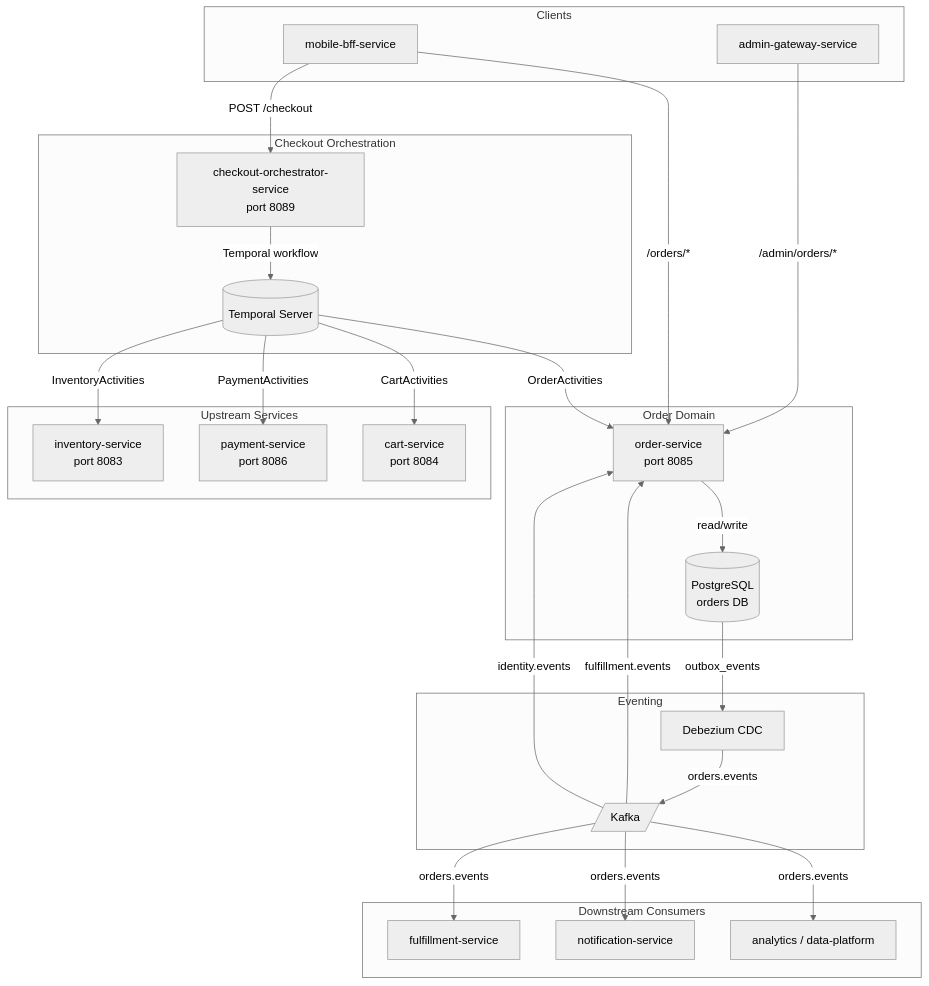
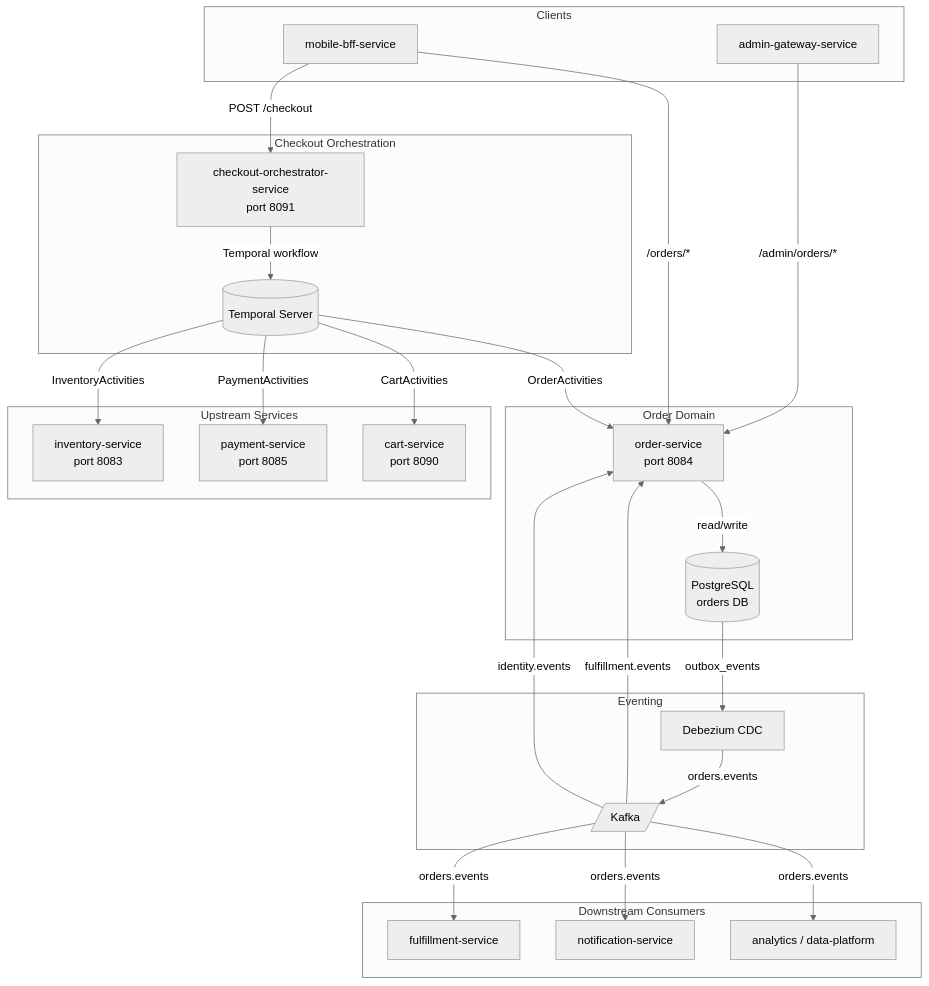
Before and after one commit to sunitakeazycommerz-a11y/InstaCommerce: the first of 8 diagrams in services/order-service/README.md, drawn with Mermaid (neutral theme). The commit also changed other lines of this file and 33 other files, not shown here.

````diff
--- a/services/order-service/README.md
+++ b/services/order-service/README.md
@@ -82,53 +82,53 @@
 ```mermaid
 flowchart TD
     subgraph Clients
         BFF[mobile-bff-service]
         ADMIN[admin-gateway-service]
     end
 
     subgraph Checkout Orchestration
-        CO[checkout-orchestrator-service<br/>port 8089]
+        CO[checkout-orchestrator-service<br/>port 8091]
         TS[(Temporal Server)]
     end
 
     subgraph Order Domain
-        OS[order-service<br/>port 8085]
+        OS[order-service<br/>port 8084]
         PG[(PostgreSQL<br/>orders DB)]
     end
 
     subgraph Upstream Services
         INV[inventory-service<br/>port 8083]
-        PAY[payment-service<br/>port 8086]
-        CART[cart-service<br/>port 8084]
+        PAY[payment-service<br/>port 8085]
+        CART[cart-service<br/>port 8090]
     end
 
     subgraph Eventing
         KF[/Kafka/]
         DBZ[Debezium CDC]
     end
 
     subgraph Downstream Consumers
         FS[fulfillment-service]
         NS[notification-service]
         AN[analytics / data-platform]
     end
 
     BFF -->|POST /checkout| CO
     ADMIN -->|/admin/orders/*| OS
     BFF -->|/orders/*| OS
 
     CO -->|Temporal workflow| TS
     TS -->|OrderActivities| OS
     TS -->|InventoryActivities| INV
     TS -->|PaymentActivities| PAY
     TS -->|CartActivities| CART
 
     OS -->|read/write| PG
     PG -->|outbox_events| DBZ
     DBZ -->|orders.events| KF
     KF -->|fulfillment.events| OS
     KF -->|identity.events| OS
     KF -->|orders.events| FS
     KF -->|orders.events| NS
     KF -->|orders.events| AN
 ```
````
